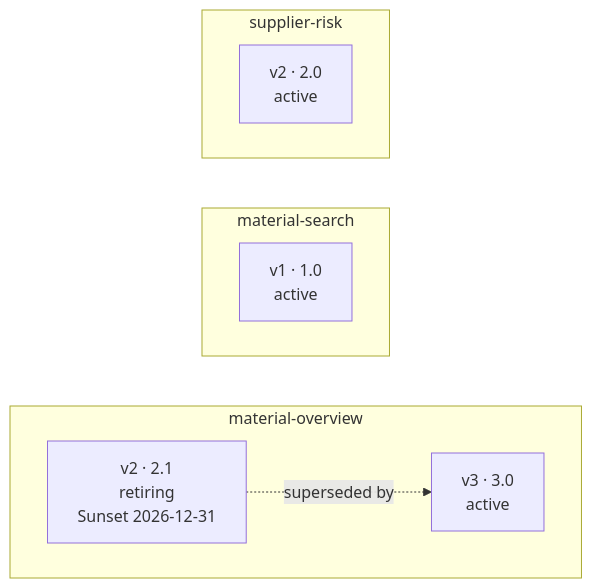
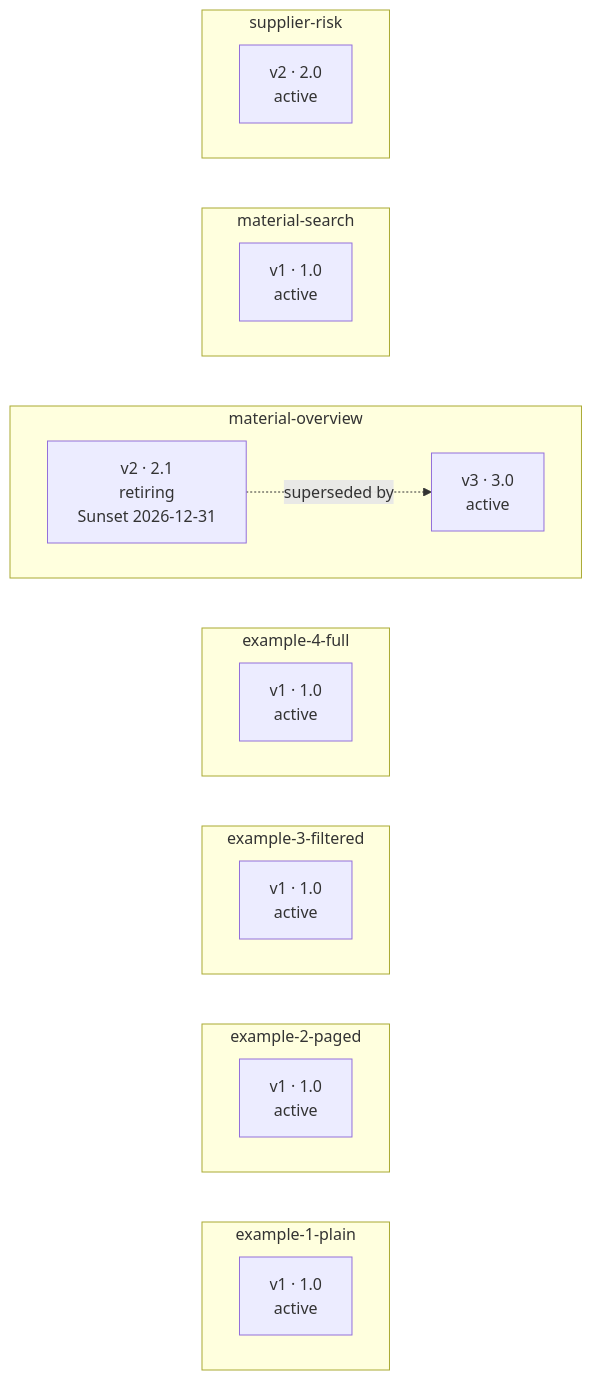
The second of 3 diagrams in docs/architecture.md (PlongoDongo/material_management_dashboard), drawn with Mermaid before and after one commit. The commit also changed other lines of this file and 8 other files, not shown here.

````diff
--- a/docs/architecture.md
+++ b/docs/architecture.md
@@ -67,17 +83,33 @@
 ```mermaid
 flowchart LR
+  subgraph f_example_1_plain["example-1-plain"]
+    direction LR
+    v_example_1_plain_1["v1 · 1.0<br/>active"]
+  end
+  subgraph f_example_2_paged["example-2-paged"]
+    direction LR
+    v_example_2_paged_1["v1 · 1.0<br/>active"]
+  end
+  subgraph f_example_3_filtered["example-3-filtered"]
+    direction LR
+    v_example_3_filtered_1["v1 · 1.0<br/>active"]
+  end
+  subgraph f_example_4_full["example-4-full"]
+    direction LR
+    v_example_4_full_1["v1 · 1.0<br/>active"]
+  end
   subgraph f_material_overview["material-overview"]
     direction LR
     v_material_overview_2["v2 · 2.1<br/>retiring<br/>Sunset 2026-12-31"]
     v_material_overview_3["v3 · 3.0<br/>active"]
     v_material_overview_2 -.->|superseded by| v_material_overview_3
   end
   subgraph f_material_search["material-search"]
     direction LR
     v_material_search_1["v1 · 1.0<br/>active"]
   end
   subgraph f_supplier_risk["supplier-risk"]
     direction LR
     v_supplier_risk_2["v2 · 2.0<br/>active"]
   end
 ```
````
